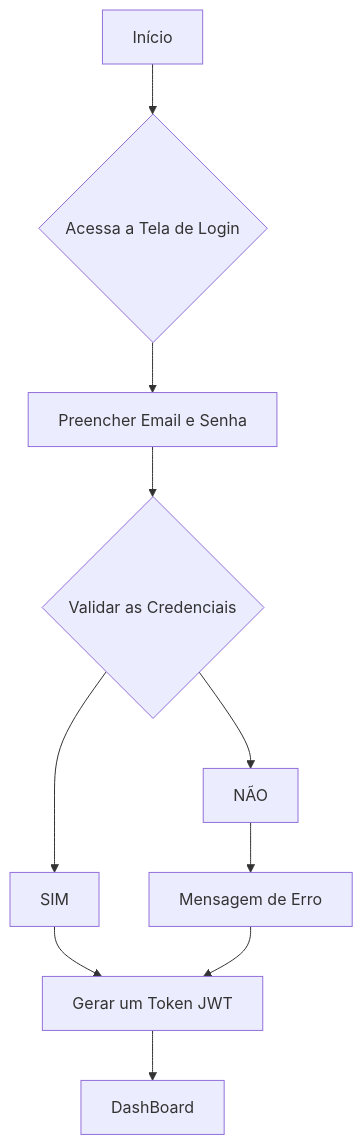
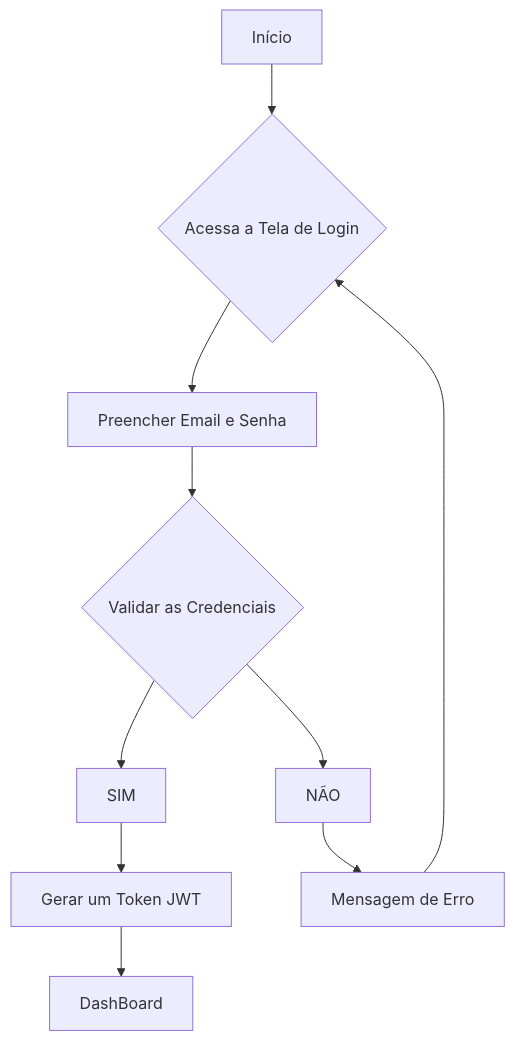
Before and after one commit to Kaua1102bit/formativa-sgm: the third of 3 diagrams in README.md, drawn with Mermaid.

````diff
--- a/README.md
+++ b/README.md
@@ -148,12 +148,12 @@
 ```mermaid
 
 graph TD
     A[Início] --> B{Acessa a Tela de Login}
     B --> C[Preencher Email e Senha]
     C --> D{Validar as Credenciais}
     D --> SIM --> E[Gerar um Token JWT]
     E --> F[DashBoard]
     D --> NÃO --> G[Mensagem de Erro]
-    G --> E
+    G --> B
 
 ```
````
